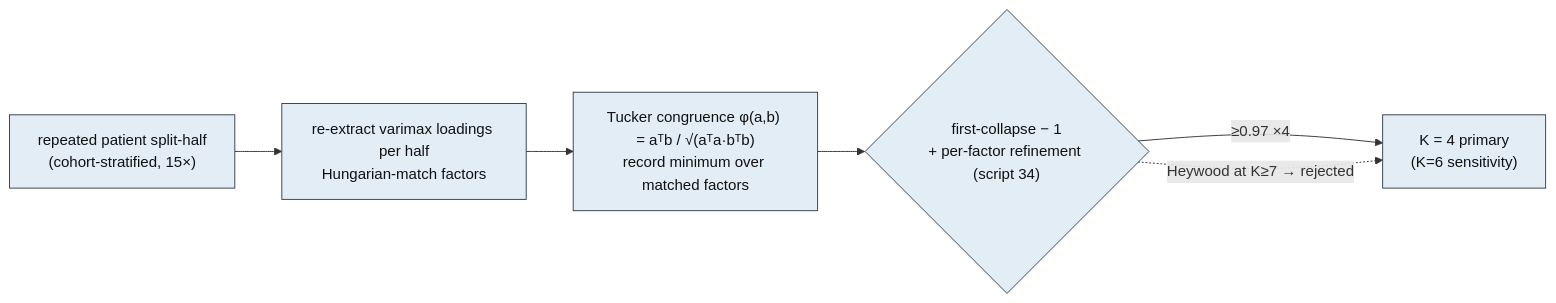
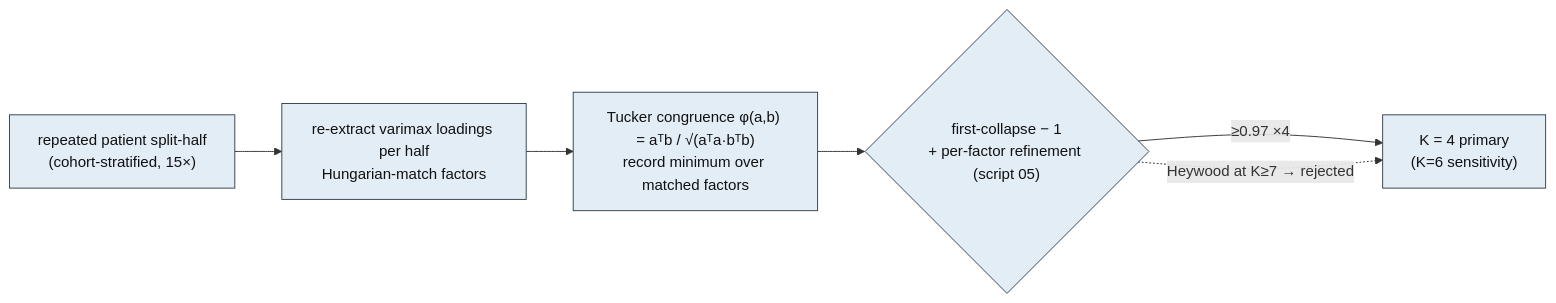
The seventh of 10 diagrams in docs/PIPELINE.md (AndriiKulakovskyi/face-trans-diagnostic-phenotypes), drawn with Mermaid before and after one commit. The commit also changed other lines of this file and 21 other files, not shown here.

````diff
--- a/docs/PIPELINE.md
+++ b/docs/PIPELINE.md
@@ -214,10 +214,10 @@
 ```mermaid
 flowchart LR
     classDef model fill:#E3EDF6,stroke:#33414b,color:#111
     SP["repeated patient split-half<br/>(cohort-stratified, 15×)"]:::model
     SP --> LL["re-extract varimax loadings per half<br/>Hungarian-match factors"]:::model
     LL --> TC["Tucker congruence φ(a,b) = aᵀb / √(aᵀa·bᵀb)<br/>record minimum over matched factors"]:::model
-    TC --> KK{"first-collapse − 1<br/>+ per-factor refinement (script 34)"}:::model
+    TC --> KK{"first-collapse − 1<br/>+ per-factor refinement (script 05)"}:::model
     KK -->|"≥0.97 ×4"| K4["K = 4 primary<br/>(K=6 sensitivity)"]:::model
     KK -.->|"Heywood at K≥7 → rejected"| K4
 ```
````
